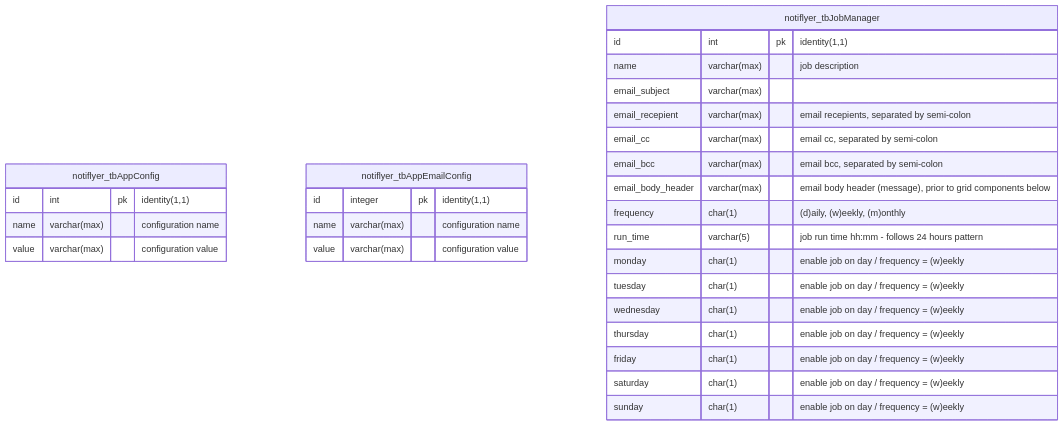
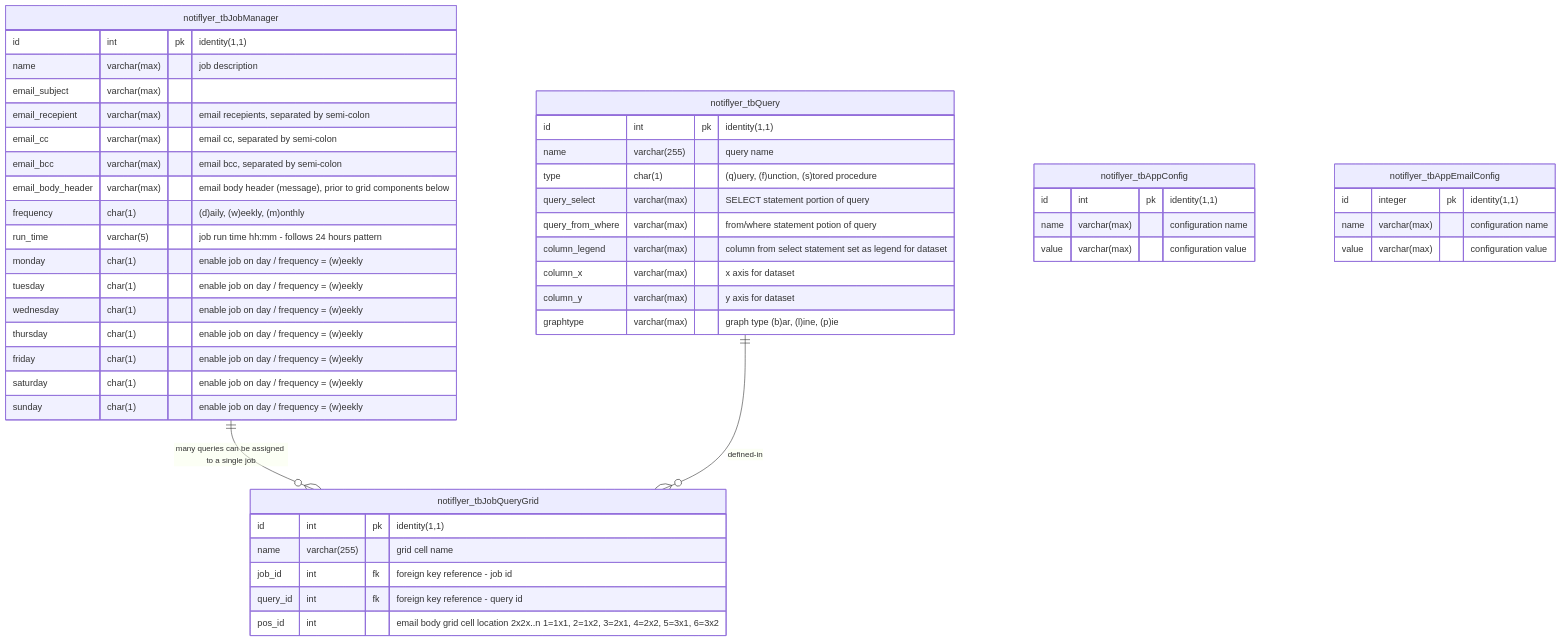
Before and after one commit to cleancoda/notiflyer: the diagram in app/documentation/mssql/README.md, drawn with Mermaid. The commit also changed other lines of this file, not shown here.

Commit message:
basic readme for mssql

````diff
--- a/app/documentation/mssql/README.md
+++ b/app/documentation/mssql/README.md
@@ -2,33 +22,58 @@
 ```mermaid
 erDiagram
-    notiflyer_tbAppConfig {
-        id int pk "identity(1,1)"
-        name varchar(max) "configuration name"
-		value varchar(max) "configuration value"
-    }
-
-    notiflyer_tbAppEmailConfig {
-        id integer pk "identity(1,1)"
-		name varchar(max) "configuration name"
-		value varchar(max) "configuration value"
-    }
+    
 
     notiflyer_tbJobManager {
         id int pk "identity(1,1)"
         name varchar(max) "job description"
         email_subject varchar(max)
         email_recepient varchar(max) "email recepients, separated by semi-colon"
         email_cc varchar(max) "email cc, separated by semi-colon"
         email_bcc varchar(max) "email bcc, separated by semi-colon"
 		email_body_header varchar(max) "email body header (message), prior to grid components below"
         frequency char(1) "(d)aily, (w)eekly, (m)onthly"
 		run_time varchar(5) "job run time hh:mm - follows 24 hours pattern"
 		monday char(1) "enable job on day / frequency = (w)eekly"
 		tuesday char(1) "enable job on day / frequency = (w)eekly"
 		wednesday char(1) "enable job on day / frequency = (w)eekly"
 		thursday char(1) "enable job on day / frequency = (w)eekly"
 		friday char(1) "enable job on day / frequency = (w)eekly"
 		saturday char(1) "enable job on day / frequency = (w)eekly"
 		sunday char(1) "enable job on day / frequency = (w)eekly"
-    }    
+    }
+
+    notiflyer_tbQuery {
+        id int pk "identity(1,1)"
+        name varchar(255) "query name"
+		type char(1) "(q)uery, (f)unction, (s)tored procedure"
+		query_select varchar(max) "SELECT statement portion of query"
+		query_from_where varchar(max) "from/where statement potion of query"
+		column_legend varchar(max) "column from select statement set as legend for dataset"
+		column_x varchar(max) "x axis for dataset"
+		column_y varchar(max) "y axis for dataset"
+		graphtype varchar(max) "graph type (b)ar, (l)ine, (p)ie"
+    }
+
+    notiflyer_tbJobQueryGrid {
+		id int pk "identity(1,1)"
+		name varchar(255) "grid cell name"
+		job_id int fk "foreign key reference - job id"
+		query_id int fk "foreign key reference - query id"
+		pos_id int "email body grid cell location 2x2x..n 1=1x1, 2=1x2, 3=2x1, 4=2x2, 5=3x1, 6=3x2"
+    }
+
+    notiflyer_tbAppConfig {
+        id int pk "identity(1,1)"
+        name varchar(max) "configuration name"
+		value varchar(max) "configuration value"
+    }
+
+    notiflyer_tbAppEmailConfig {
+        id integer pk "identity(1,1)"
+		name varchar(max) "configuration name"
+		value varchar(max) "configuration value"
+    }
+
+    notiflyer_tbJobManager ||--o{ notiflyer_tbJobQueryGrid : "many queries can be assigned to a single job"
+    notiflyer_tbQuery ||--o{ notiflyer_tbJobQueryGrid : defined-in
 ```
````
